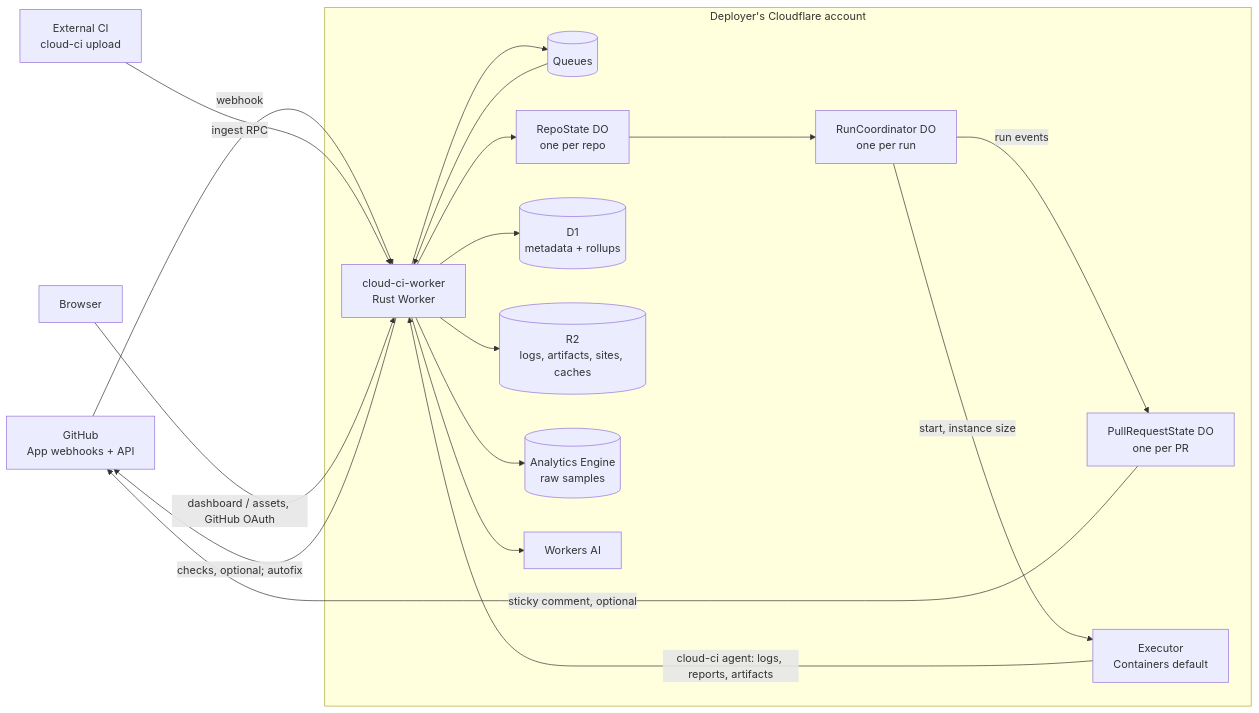
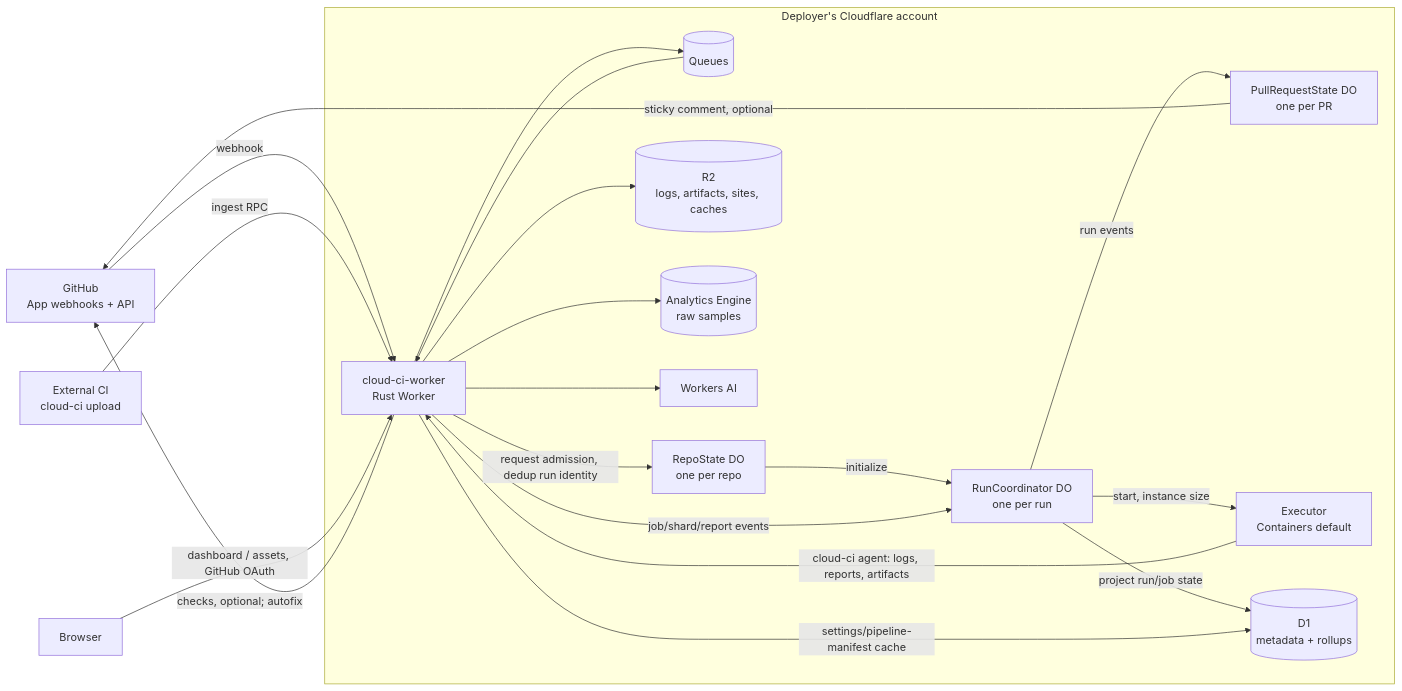
One commit to btkostner/cloud-ci changed the diagram in docs/architecture.md. Above: the diagram before and after it, drawn with Mermaid. The commit also changed other lines of this file and 8 other files, not shown here.

````diff
--- a/docs/architecture.md
+++ b/docs/architecture.md
@@ -26,32 +26,36 @@
 ```mermaid
 flowchart LR
     GH[GitHub<br/>App webhooks + API]
     BYO[External CI<br/>cloud-ci upload]
     U[Browser]
 
     subgraph CF[Deployer's Cloudflare account]
       W[cloud-ci-worker<br/>Rust Worker]
       Q[(Queues)]
       RC[RunCoordinator DO<br/>one per run]
       RS[RepoState DO<br/>one per repo]
       PR[PullRequestState DO<br/>one per PR]
       EX[Executor<br/>Containers default]
       D1[(D1<br/>metadata + rollups)]
       R2[(R2<br/>logs, artifacts, sites, caches)]
       AE[(Analytics Engine<br/>raw samples)]
       AI[Workers AI]
     end
 
     GH -->|webhook| W
     BYO -->|ingest RPC| W
     U -->|dashboard / assets, GitHub OAuth| W
     W --> Q --> W
-    W --> RS --> RC
+    W -->|request admission, dedup run identity| RS
+    RS -->|initialize| RC
+    W -->|job/shard/report events| RC
+    RC -->|project run/job state| D1
+    W -->|settings/pipeline-manifest cache| D1
     RC -->|start, instance size| EX
     EX -->|cloud-ci agent: logs, reports, artifacts| W
-    W --> D1 & R2 & AE
+    W --> R2 & AE
     W --> AI
     RC -->|run events| PR
     PR -->|sticky comment, optional| GH
     W -->|checks, optional; autofix| GH
 ```
````
